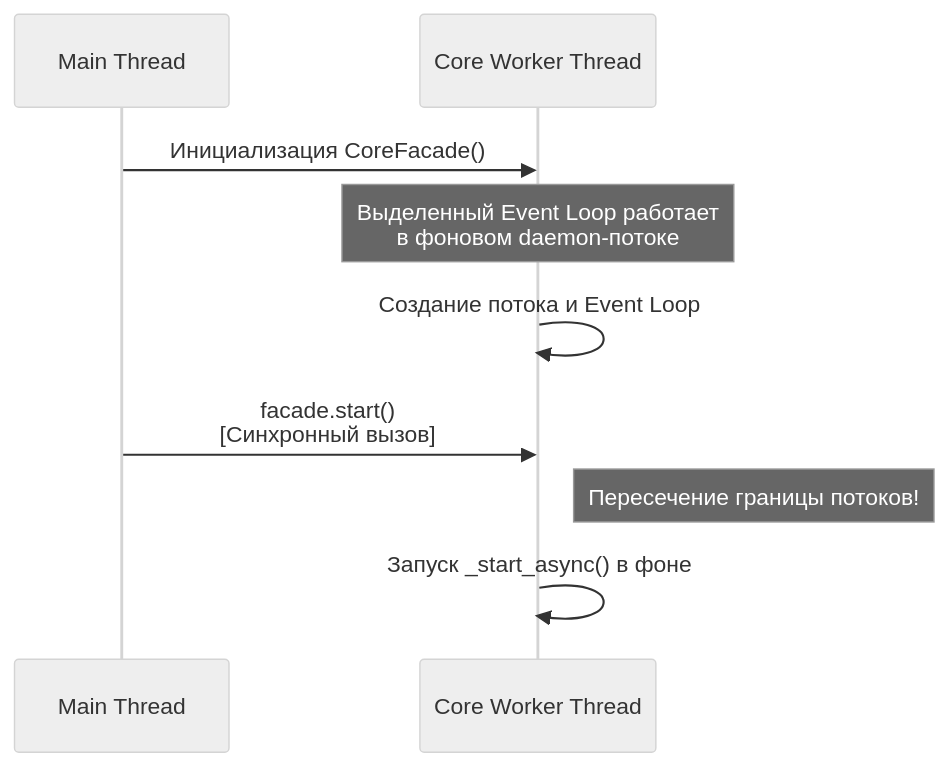
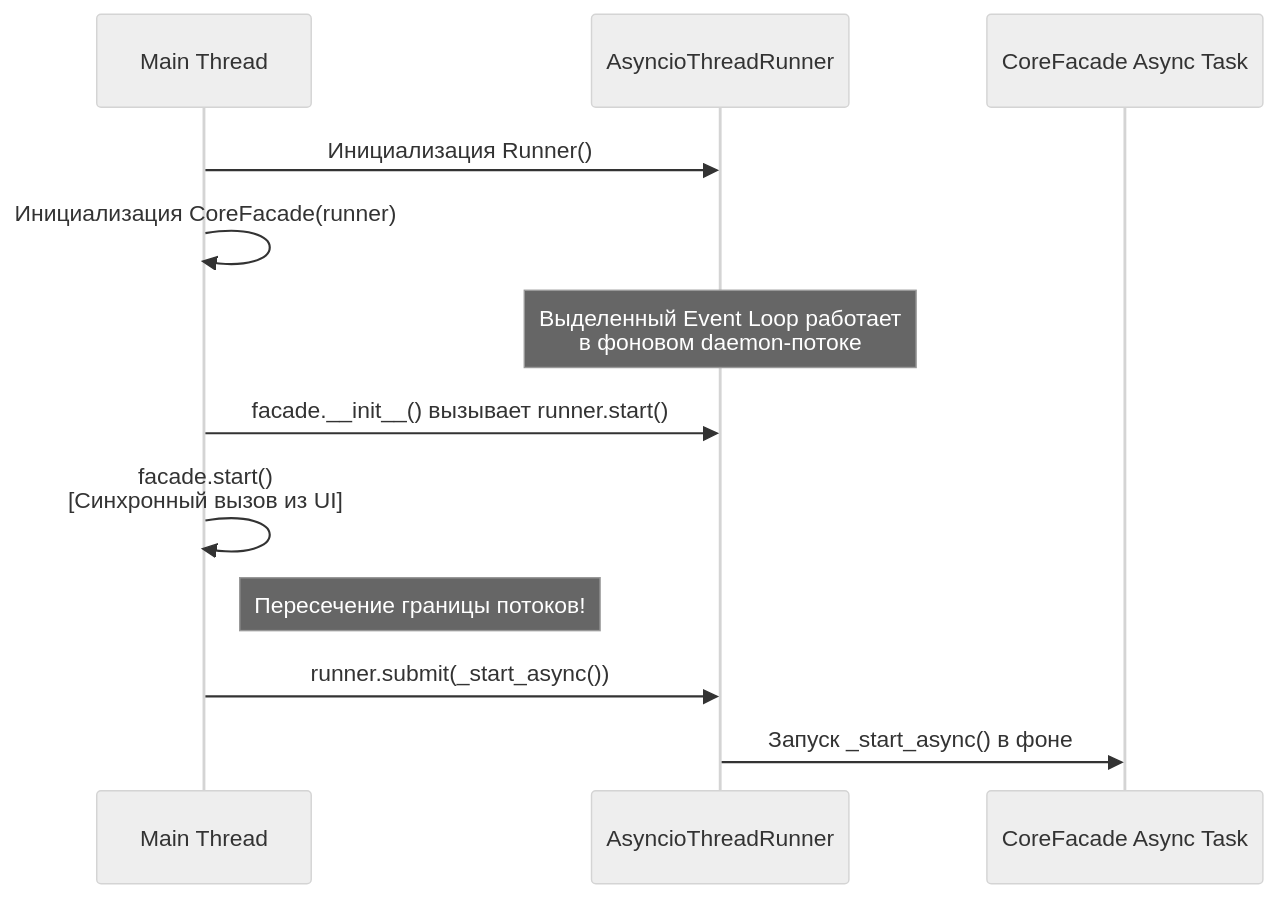
One commit to 1DenLy/ForzaAITuner changed the second of 2 diagrams in docs/02_Forza_Core/03_CoreFacade_Details.md. Above: the diagram before and after it, drawn with Mermaid (neutral theme). The commit also changed other lines of this file and 5 other files, not shown here.

Commit message:
refactor: RealCoreFacade solid

````diff
--- a/docs/02_Forza_Core/03_CoreFacade_Details.md
+++ b/docs/02_Forza_Core/03_CoreFacade_Details.md
@@ -52,13 +51,16 @@
 ```mermaid
 sequenceDiagram
     participant Main as Main Thread
-    participant CW as Core Worker Thread
+    participant AR as AsyncioThreadRunner
+    participant CW as CoreFacade Async Task
     
-    Main->>CW: Инициализация CoreFacade()
-    Note over CW: Выделенный Event Loop работает<br>в фоновом daemon-потоке
-    CW->>CW: Создание потока и Event Loop
+    Main->>AR: Инициализация Runner()
+    Main->>Main: Инициализация CoreFacade(runner)
+    Note over AR: Выделенный Event Loop работает<br>в фоновом daemon-потоке
+    Main->>AR: facade.__init__() вызывает runner.start()
 
-    Main->>CW: facade.start()<br>[Синхронный вызов]
-    Note right of CW: Пересечение границы потоков!
-    CW->>CW: Запуск _start_async() в фоне
+    Main->>Main: facade.start()<br>[Синхронный вызов из UI]
+    Note right of Main: Пересечение границы потоков!
+    Main->>AR: runner.submit(_start_async())
+    AR->>CW: Запуск _start_async() в фоне
 ```
````
